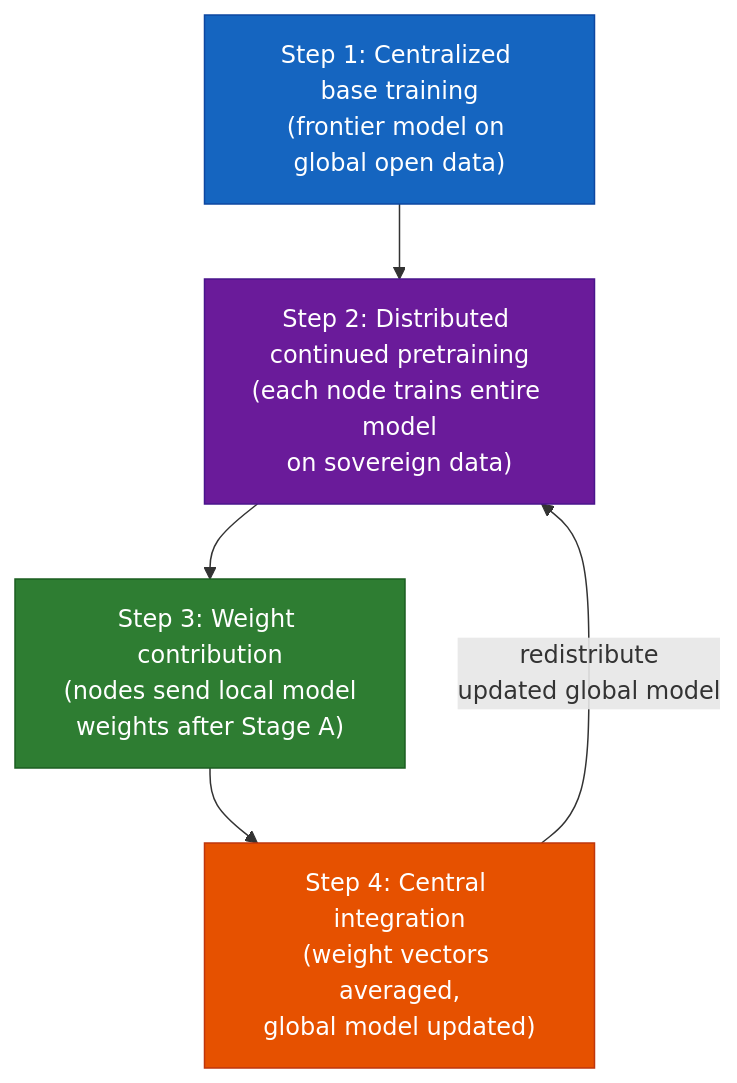
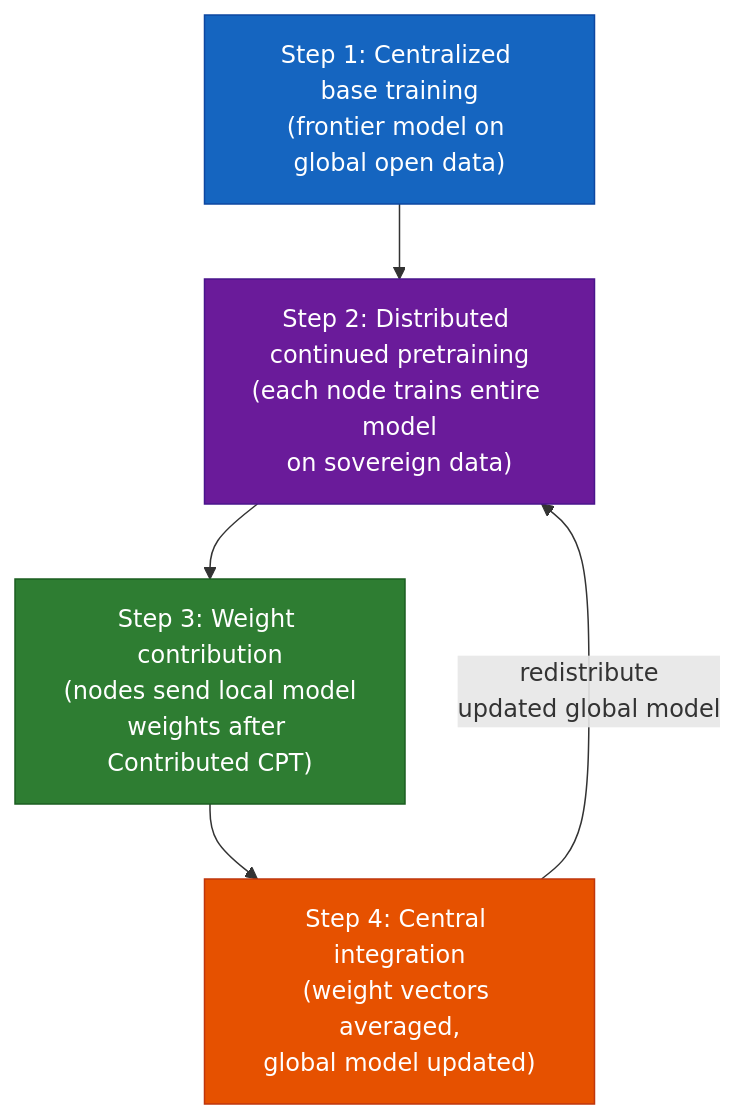
One commit to The-AI-Alliance/tapestry changed the first of 2 diagrams in tech-docs/architecture/5-architectural-options.md. Above: the diagram before and after it, drawn with Mermaid. The commit also changed other lines of this file and 15 other files, not shown here.

````diff
--- a/tech-docs/architecture/5-architectural-options.md
+++ b/tech-docs/architecture/5-architectural-options.md
@@ -118,17 +118,17 @@
 ```mermaid
 graph TD
     S1["Step 1: Centralized base training\n(frontier model on global open data)"]
     S2["Step 2: Distributed continued pretraining\n(each node trains entire model\non sovereign data)"]
-    S3["Step 3: Weight contribution\n(nodes send local model\nweights after Stage A)"]
+    S3["Step 3: Weight contribution\n(nodes send local model\nweights after Contributed CPT)"]
     S4["Step 4: Central integration\n(weight vectors averaged,\nglobal model updated)"]
 
     S1 --> S2
     S2 --> S3
     S3 --> S4
     S4 -->|"redistribute\nupdated global model"| S2
 
     style S1 fill:#1565c0,stroke:#0d47a1,color:#fff
     style S2 fill:#6a1b9a,stroke:#4a148c,color:#fff
     style S3 fill:#2e7d32,stroke:#1b5e20,color:#fff
     style S4 fill:#e65100,stroke:#bf360c,color:#fff
 ```
````
